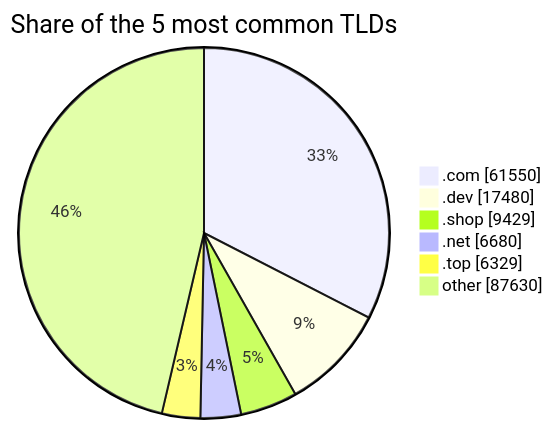
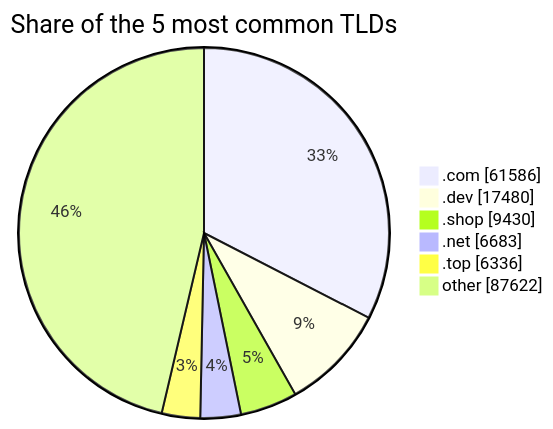
Before and after one commit to DNSBunker/CTI: the third of 3 diagrams in README.md, drawn with Mermaid. The commit also changed other lines of this file and 3 other files, not shown here.

````diff
--- a/README.md
+++ b/README.md
@@ -81,9 +81,9 @@
 ```mermaid
 pie showData title Share of the 5 most common TLDs
-    ".com" : 61550
+    ".com" : 61586
     ".dev" : 17480
-    ".shop" : 9429
-    ".net" : 6680
-    ".top" : 6329
-    "other" : 87630
+    ".shop" : 9430
+    ".net" : 6683
+    ".top" : 6336
+    "other" : 87622
 ```
````
